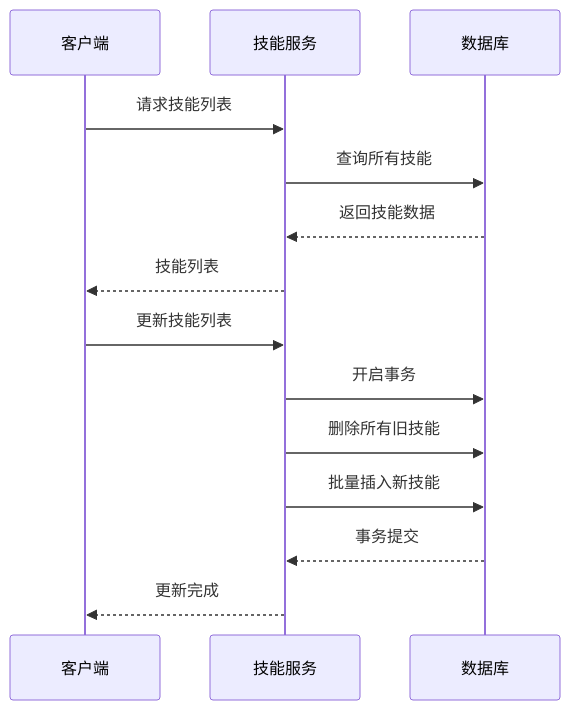
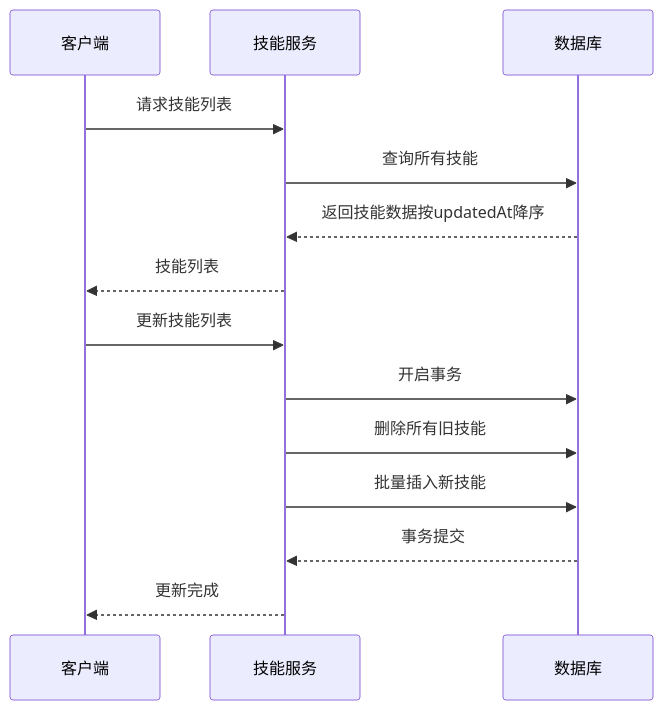
The ninth of 11 diagrams in .qoder/repowiki/zh/content/核心模块/AI助手系统/AI数据同步系统.md (xixixiaoyu/Todo), drawn with Mermaid before and after one commit. The commit also changed other lines of this file and 5 other files, not shown here.

````diff
--- a/.qoder/repowiki/zh/content/核心模块/AI助手系统/AI数据同步系统.md
+++ b/.qoder/repowiki/zh/content/核心模块/AI助手系统/AI数据同步系统.md
@@ -273,16 +418,16 @@
 ```mermaid
 sequenceDiagram
 participant Client as 客户端
 participant Service as 技能服务
 participant DB as 数据库
 Client->>Service : 请求技能列表
 Service->>DB : 查询所有技能
-DB-->>Service : 返回技能数据
+DB-->>Service : 返回技能数据按updatedAt降序
 Service-->>Client : 技能列表
 Client->>Service : 更新技能列表
 Service->>DB : 开启事务
 Service->>DB : 删除所有旧技能
 Service->>DB : 批量插入新技能
 DB-->>Service : 事务提交
 Service-->>Client : 更新完成
 ```
````
